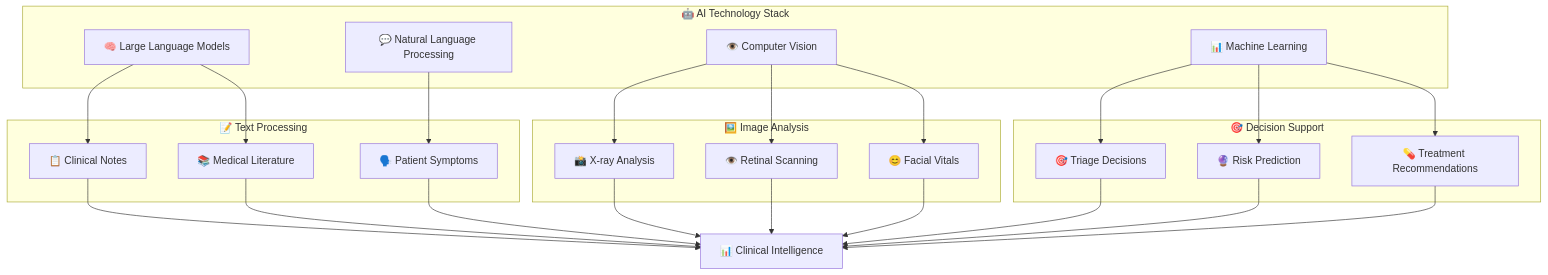
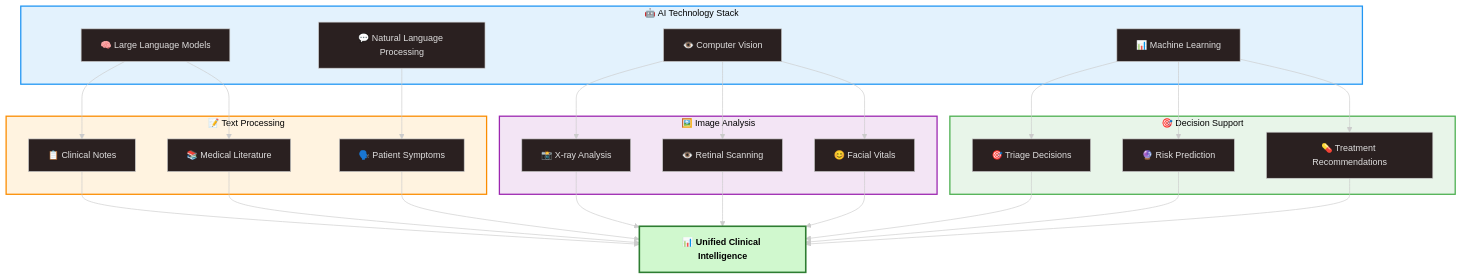
The eighth of 18 diagrams in report.md (hr1juldey/FairWorks_FairDOC), drawn with Mermaid before and after one commit. The commit also changed other lines of this file, not shown here.

````diff
--- a/report.md
+++ b/report.md
@@ -264,37 +397,55 @@
 ```mermaid
+---
+config:
+  theme: neo-dark
+  flowchart:
+    curve: basis
+---
 graph TB
-    subgraph "🤖 AI Technology Stack"
-        LLM[🧠 Large Language Models]
-        NLP[💬 Natural Language Processing]
-        CV[👁️ Computer Vision]
-        ML[📊 Machine Learning]
-    end
-    
-    subgraph "📝 Text Processing"
-        LLM --> TC1[📋 Clinical Notes]
-        NLP --> TC2[🗣️ Patient Symptoms]
-        LLM --> TC3[📚 Medical Literature]
-    end
-    
-    subgraph "🖼️ Image Analysis"
-        CV --> IA1[📸 X-ray Analysis]
-        CV --> IA2[👁️ Retinal Scanning]
-        CV --> IA3[😊 Facial Vitals]
-    end
-    
-    subgraph "🎯 Decision Support"
-        ML --> DS1[🎯 Triage Decisions]
-        ML --> DS2[🔮 Risk Prediction]
-        ML --> DS3[💊 Treatment Recommendations]
-    end
-    
-    TC1 --> Output[📊 Clinical Intelligence]
-    TC2 --> Output
-    TC3 --> Output
-    IA1 --> Output
-    IA2 --> Output
-    IA3 --> Output
-    DS1 --> Output
-    DS2 --> Output
-    DS3 --> Output
+  subgraph CORE["🤖 AI Technology Stack"]
+    LLM[🧠 Large Language Models]
+    NLP[💬 Natural Language Processing]
+    CV[👁️ Computer Vision]
+    ML[📊 Machine Learning]
+  end
+  subgraph TEXT["📝 Text Processing"]
+    TC1[📋 Clinical Notes]
+    TC2[🗣️ Patient Symptoms]
+    TC3[📚 Medical Literature]
+  end
+  subgraph IMG["🖼️ Image Analysis"]
+    IA1[📸 X-ray Analysis]
+    IA2[👁️ Retinal Scanning]
+    IA3[😊 Facial Vitals]
+  end
+  subgraph DECIDE["🎯 Decision Support"]
+    DS1[🎯 Triage Decisions]
+    DS2[🔮 Risk Prediction]
+    DS3[💊 Treatment Recommendations]
+  end
+  Output[📊 Unified Clinical Intelligence]
+  LLM --> TC1
+  LLM --> TC3
+  NLP --> TC2
+  CV --> IA1
+  CV --> IA2
+  CV --> IA3
+  ML --> DS1
+  ML --> DS2
+  ML --> DS3
+  TC1 --> Output
+  TC2 --> Output
+  TC3 --> Output
+  IA1 --> Output
+  IA2 --> Output
+  IA3 --> Output
+  DS1 --> Output
+  DS2 --> Output
+  DS3 --> Output
+  style CORE fill:#e3f2fd,stroke:#2196f3,stroke-width:2px,color:#000
+  style TEXT fill:#fff3e0,stroke:#fb8c00,stroke-width:2px,color:#000
+  style IMG fill:#f3e5f5,stroke:#9c27b0,stroke-width:2px,color:#000
+  style DECIDE fill:#e8f5e9,stroke:#4caf50,stroke-width:2px,color:#000
+  style Output fill:#d0f8ce,stroke:#2e7d32,stroke-width:2.5px,color:#000,font-weight:bold
+
 ```
````
